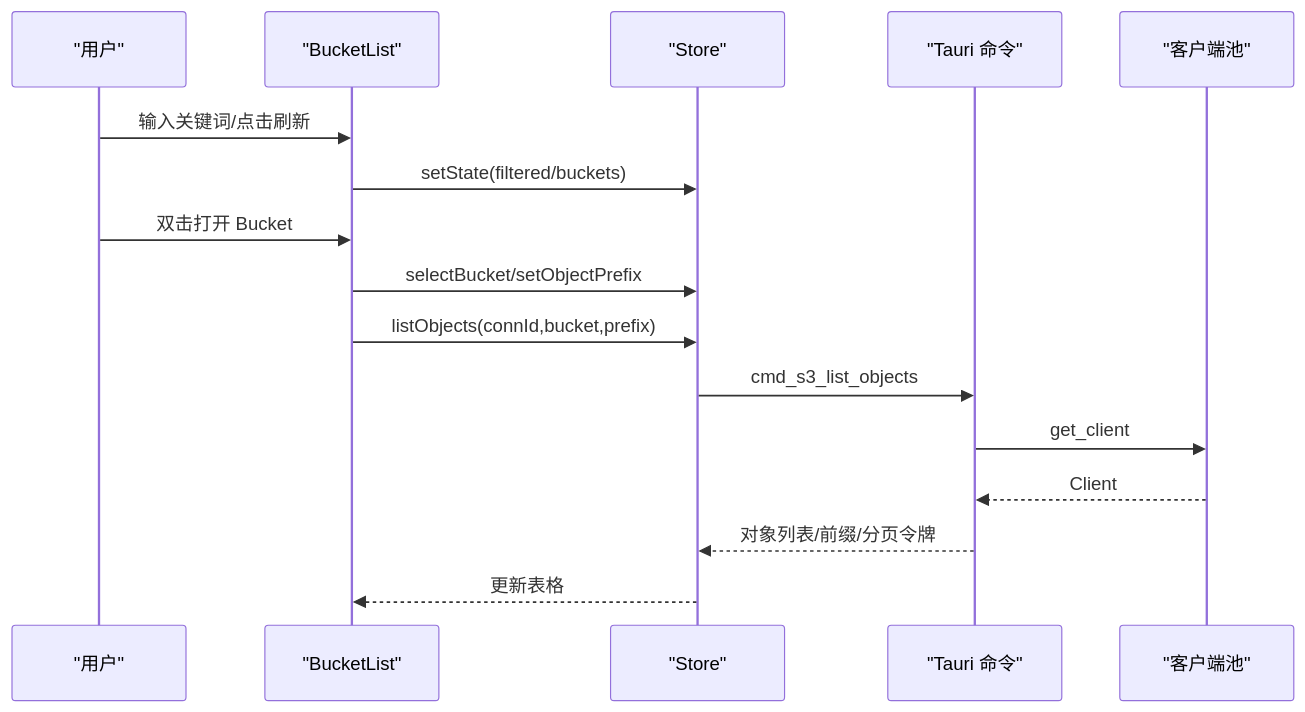
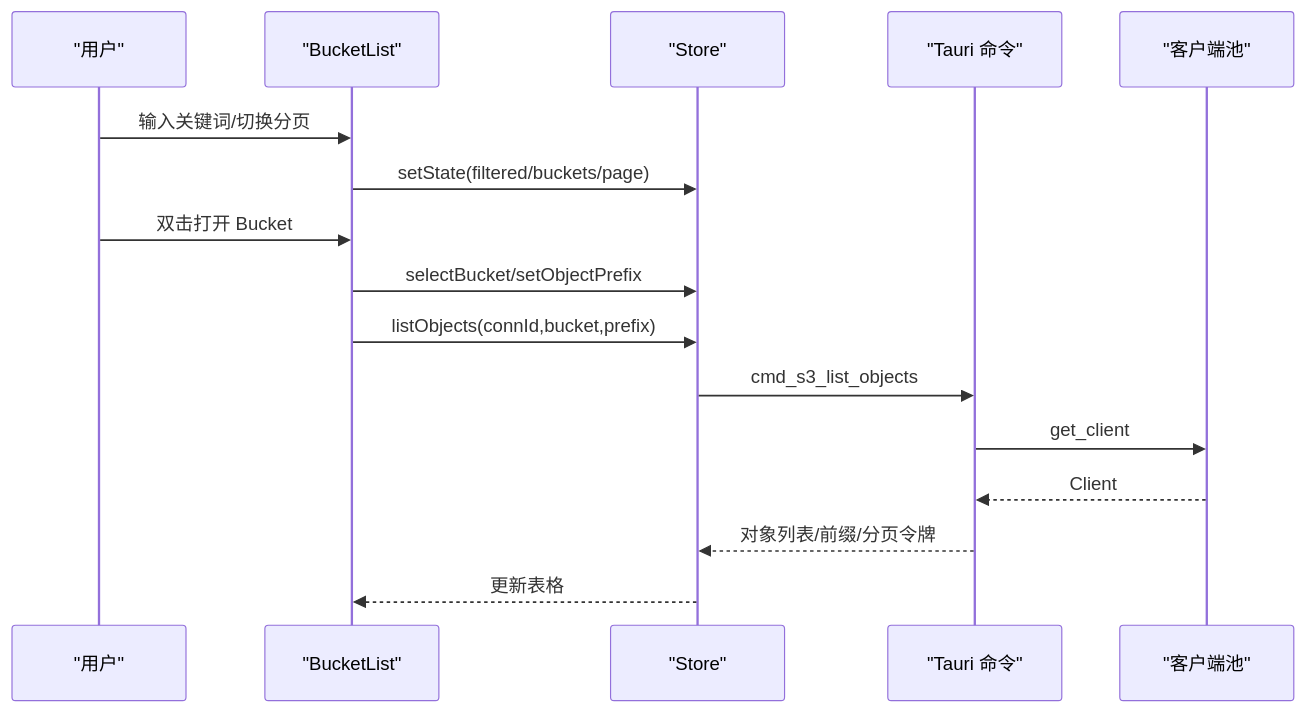
Before and after one commit to DumKing/DevNexus: the fourth of 10 diagrams in .qoder/repowiki/zh/content/核心插件/S3 浏览器插件.md, drawn with Mermaid. The commit also changed other lines of this file and 80 other files, not shown here.

````diff
--- a/.qoder/repowiki/zh/content/核心插件/S3 浏览器插件.md
+++ b/.qoder/repowiki/zh/content/核心插件/S3 浏览器插件.md
@@ -154,18 +176,18 @@
 ```mermaid
 sequenceDiagram
 participant U as "用户"
 participant BL as "BucketList"
 participant Store as "Store"
 participant Cmd as "Tauri 命令"
 participant Pool as "客户端池"
-U->>BL : 输入关键词/点击刷新
-BL->>Store : setState(filtered/buckets)
+U->>BL : 输入关键词/切换分页
+BL->>Store : setState(filtered/buckets/page)
 U->>BL : 双击打开 Bucket
 BL->>Store : selectBucket/setObjectPrefix
 BL->>Store : listObjects(connId,bucket,prefix)
 Store->>Cmd : cmd_s3_list_objects
 Cmd->>Pool : get_client
 Pool-->>Cmd : Client
 Cmd-->>Store : 对象列表/前缀/分页令牌
 Store-->>BL : 更新表格
 ```
````
